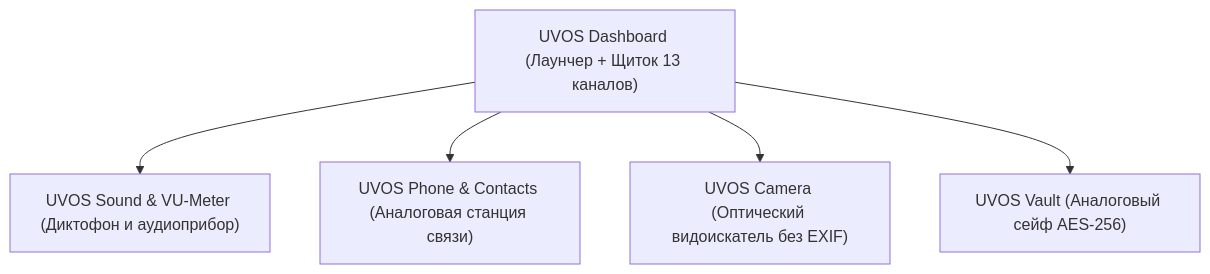
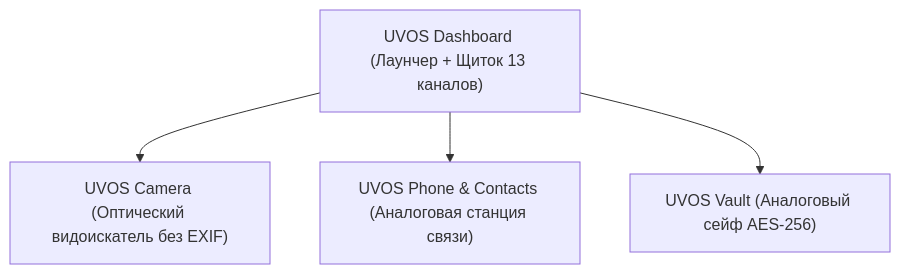
The diagram in docs/FIRMWARE-MODIFICATION-SPEC.md (Yarouslav4875/uvos), drawn with Mermaid before and after one commit. The commit also changed other lines of this file, not shown here.

Commit message:
docs: exclude sound recorders from UVOS suite and mark for debloating

````diff
--- a/docs/FIRMWARE-MODIFICATION-SPEC.md
+++ b/docs/FIRMWARE-MODIFICATION-SPEC.md
@@ -107,8 +109,7 @@
 ```mermaid
 flowchart TD
     Shell["UVOS Dashboard (Лаунчер + Щиток 13 каналов)"]
-    Shell --> App1["UVOS Sound & VU-Meter (Диктофон и аудиоприбор)"]
+    Shell --> App1["UVOS Camera (Оптический видоискатель без EXIF)"]
     Shell --> App2["UVOS Phone & Contacts (Аналоговая станция связи)"]
-    Shell --> App3["UVOS Camera (Оптический видоискатель без EXIF)"]
-    Shell --> App4["UVOS Vault (Аналоговый сейф AES-256)"]
+    Shell --> App3["UVOS Vault (Аналоговый сейф AES-256)"]
 ```
````
